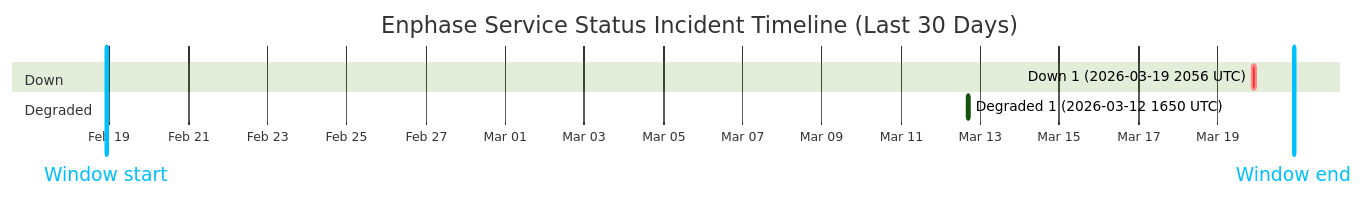
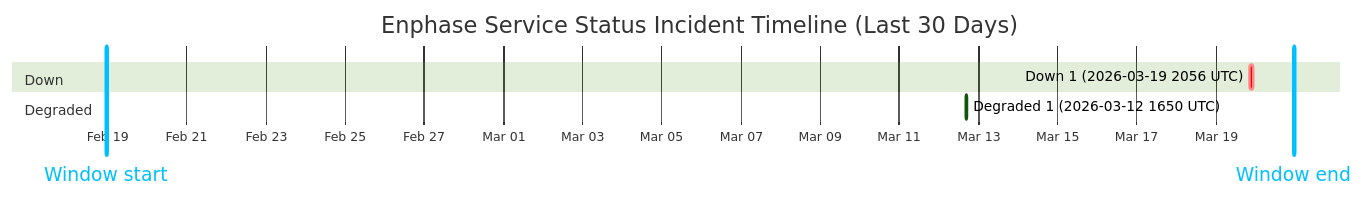
One commit to barneyonline/ha-enphase-ev-charger changed the diagram in wiki/Service-Status-History.md. Above: the diagram before and after it, drawn with Mermaid (forest theme). The commit also changed other lines of this file and 3 other files, not shown here.

````diff
--- a/wiki/Service-Status-History.md
+++ b/wiki/Service-Status-History.md
@@ -14,12 +14,12 @@
 ```mermaid
 gantt
     title Enphase Service Status Incident Timeline (Last 30 Days)
     dateFormat  YYYY-MM-DDTHH:mm:ss
     axisFormat  %b %d
-    Window start :vert, window-start, 2026-02-18T22:18:48, 0ms
-    Window end :vert, window-end, 2026-03-20T22:18:48, 0ms
+    Window start :vert, window-start, 2026-02-18T23:20:14, 0ms
+    Window end :vert, window-end, 2026-03-20T23:20:14, 0ms
     section Down
     Down 1 (2026-03-19 2056 UTC) :crit, down-1, 2026-03-19T20:56:20, 145m
     section Degraded
     Degraded 1 (2026-03-12 1650 UTC) :active, degraded-1, 2026-03-12T16:50:43, 60m
 ```
````
